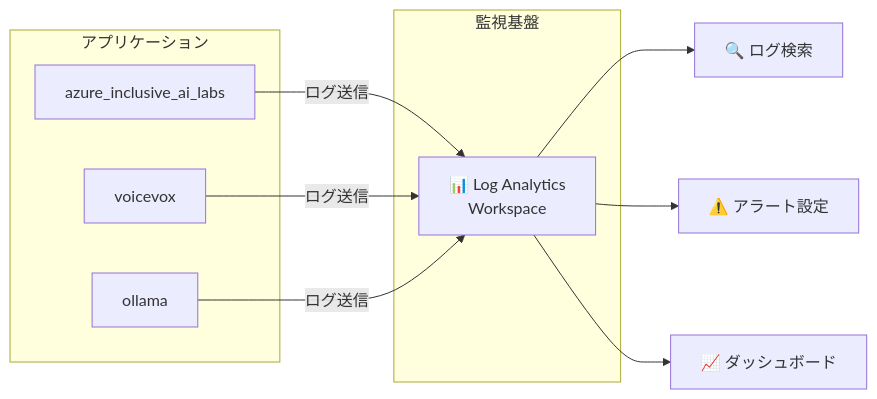
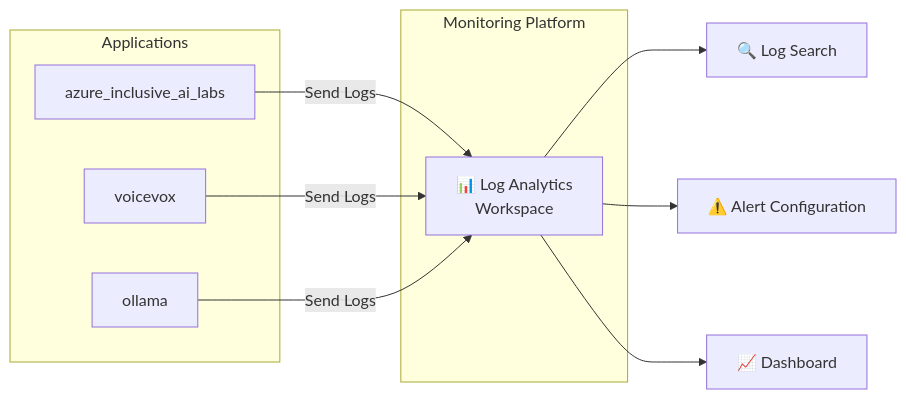
One commit to ks6088ts/template-terraform changed the eighth of 12 diagrams in infra/scenarios/azure_inclusive_ai_labs/README.md. Above: the diagram before and after it, drawn with Mermaid. The commit also changed other lines of this file and 28 other files, not shown here.

````diff
--- a/infra/scenarios/azure_inclusive_ai_labs/README.md
+++ b/infra/scenarios/azure_inclusive_ai_labs/README.md
@@ -302,20 +302,20 @@
 ```mermaid
 flowchart LR
-    subgraph Apps["アプリケーション"]
+    subgraph Apps["Applications"]
         CA1["azure_inclusive_ai_labs"]
         CA2["voicevox"]
         CA3["ollama"]
     end
 
-    subgraph Monitoring["監視基盤"]
+    subgraph Monitoring["Monitoring Platform"]
         LAW["📊 Log Analytics<br/>Workspace"]
     end
 
-    CA1 -->|"ログ送信"| LAW
-    CA2 -->|"ログ送信"| LAW
-    CA3 -->|"ログ送信"| LAW
+    CA1 -->|"Send Logs"| LAW
+    CA2 -->|"Send Logs"| LAW
+    CA3 -->|"Send Logs"| LAW
 
-    LAW --> Query["🔍 ログ検索"]
-    LAW --> Alert["⚠️ アラート設定"]
-    LAW --> Dashboard["📈 ダッシュボード"]
+    LAW --> Query["🔍 Log Search"]
+    LAW --> Alert["⚠️ Alert Configuration"]
+    LAW --> Dashboard["📈 Dashboard"]
 ```
````
